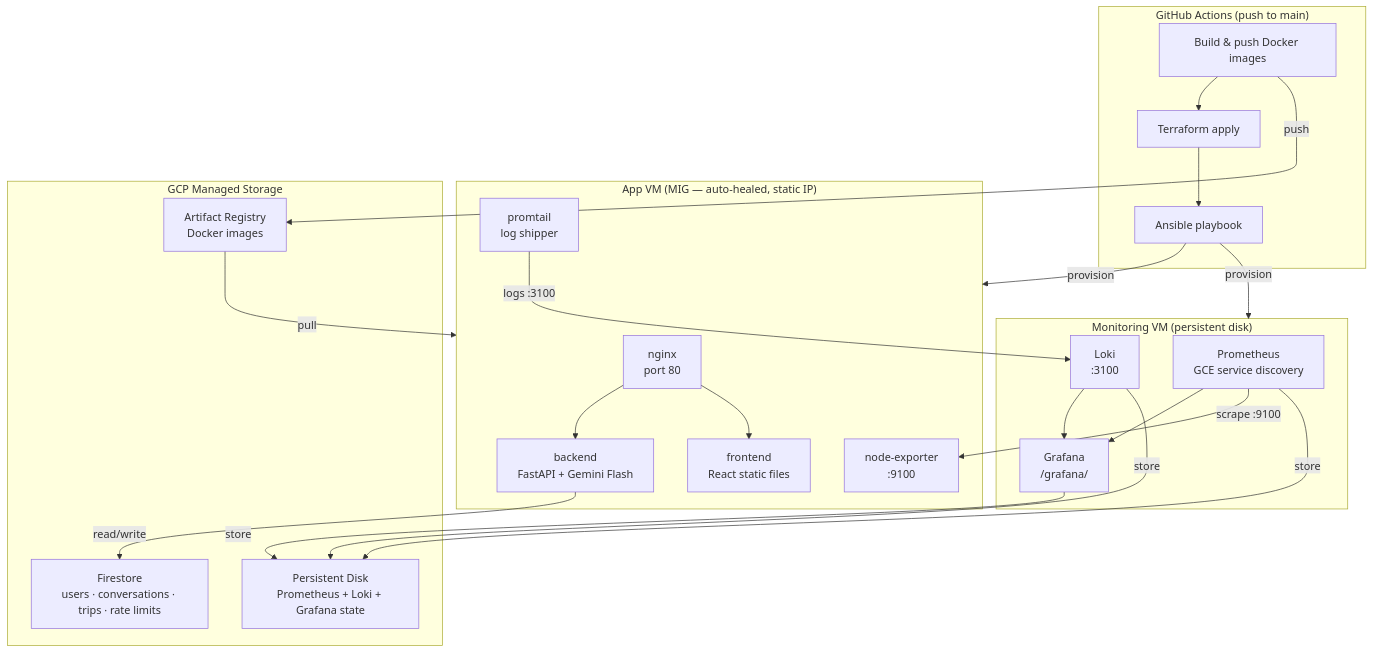
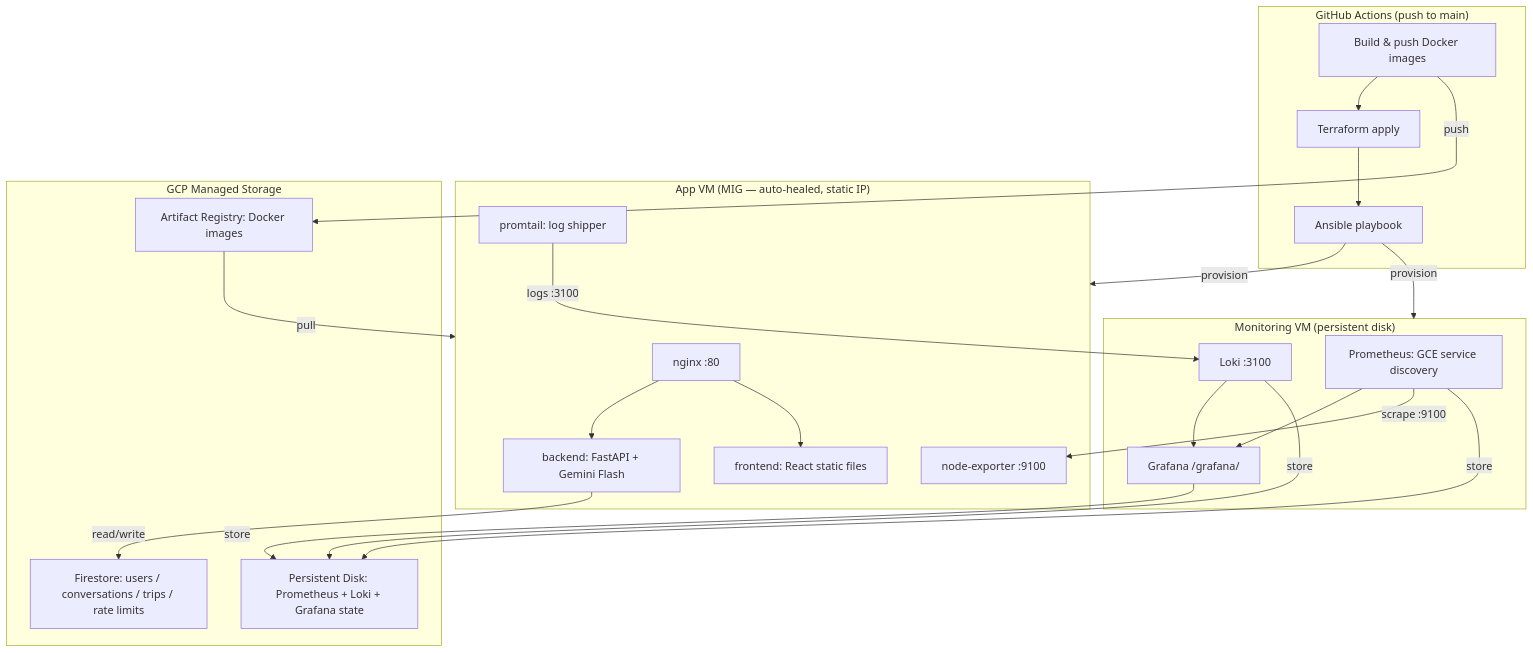
The diagram in README.md (TimmyKug/travel-assistant), drawn with Mermaid before and after one commit. The commit also changed 1 other file, not shown here.

Commit message:
fix: enhance Firestore state management in Terraform deployment and update architecture diagram in README

````diff
--- a/README.md
+++ b/README.md
@@ -7,44 +7,44 @@
 ```mermaid
 graph TD
     subgraph CI ["GitHub Actions (push to main)"]
         GHA1[Build & push Docker images]
         GHA2[Terraform apply]
         GHA3[Ansible playbook]
         GHA1 --> GHA2 --> GHA3
     end
 
     subgraph AppVM ["App VM (MIG — auto-healed, static IP)"]
-        nginx["nginx\nport 80"]
-        backend["backend\nFastAPI + Gemini Flash"]
-        frontend["frontend\nReact static files"]
-        promtail["promtail\nlog shipper"]
-        node_exp["node-exporter\n:9100"]
+        nginx[nginx :80]
+        backend[backend: FastAPI + Gemini Flash]
+        frontend[frontend: React static files]
+        promtail[promtail: log shipper]
+        node_exp[node-exporter :9100]
         nginx --> backend
         nginx --> frontend
     end
 
     subgraph MonVM ["Monitoring VM (persistent disk)"]
-        prometheus["Prometheus\nGCE service discovery"]
-        loki["Loki\n:3100"]
-        grafana["Grafana\n/grafana/"]
+        prometheus[Prometheus: GCE service discovery]
+        loki[Loki :3100]
+        grafana[Grafana /grafana/]
         prometheus --> grafana
         loki --> grafana
     end
 
     subgraph Storage ["GCP Managed Storage"]
-        AR["Artifact Registry\nDocker images"]
-        FS["Firestore\nusers · conversations · trips · rate limits"]
-        PD["Persistent Disk\nPrometheus + Loki + Grafana state"]
+        AR[Artifact Registry: Docker images]
+        FS[Firestore: users / conversations / trips / rate limits]
+        PD[Persistent Disk: Prometheus + Loki + Grafana state]
     end
 
     GHA1 -- push --> AR
     GHA3 -- provision --> AppVM
     GHA3 -- provision --> MonVM
     AR -- pull --> AppVM
     backend -- read/write --> FS
     promtail -- logs :3100 --> loki
     prometheus -- scrape :9100 --> node_exp
     prometheus -- store --> PD
     loki -- store --> PD
     grafana -- store --> PD
 ```
````
